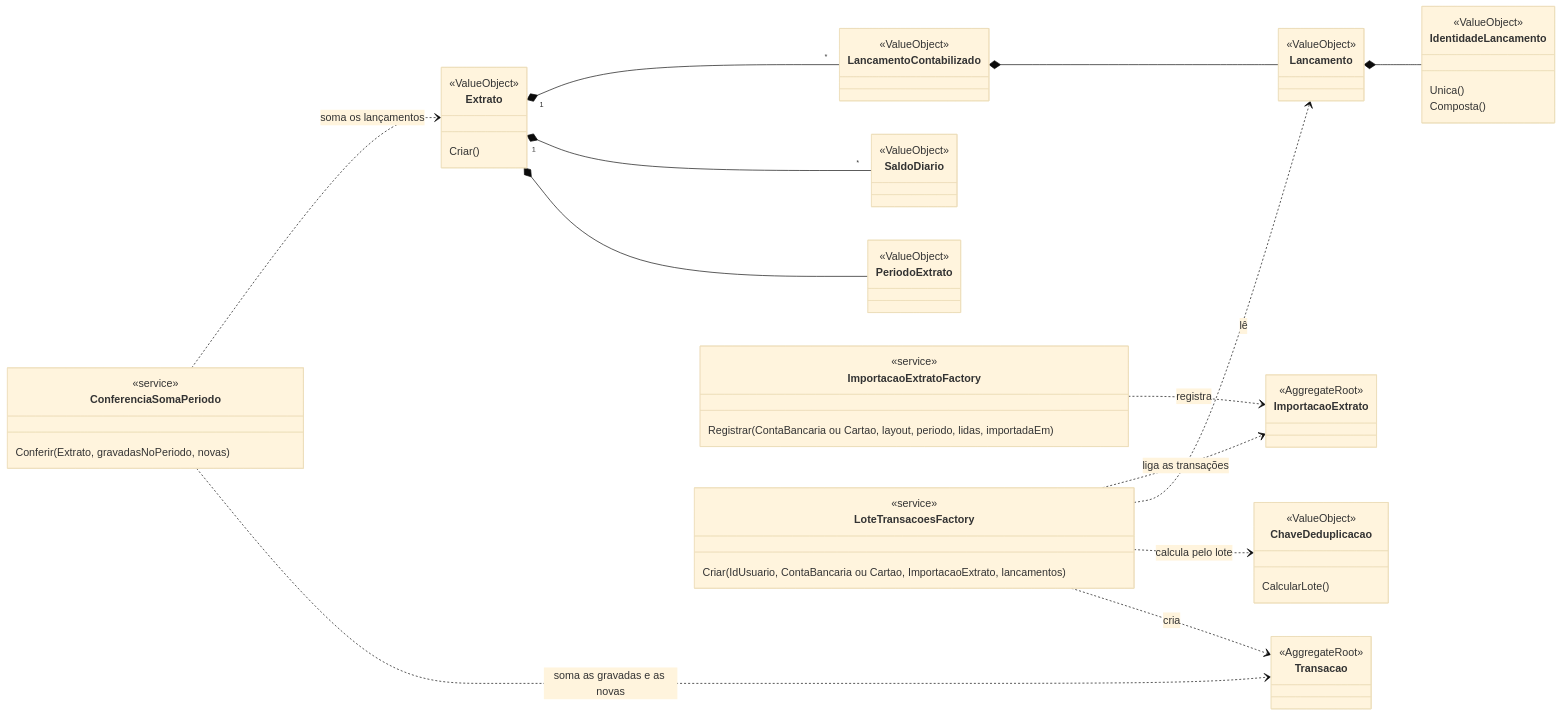
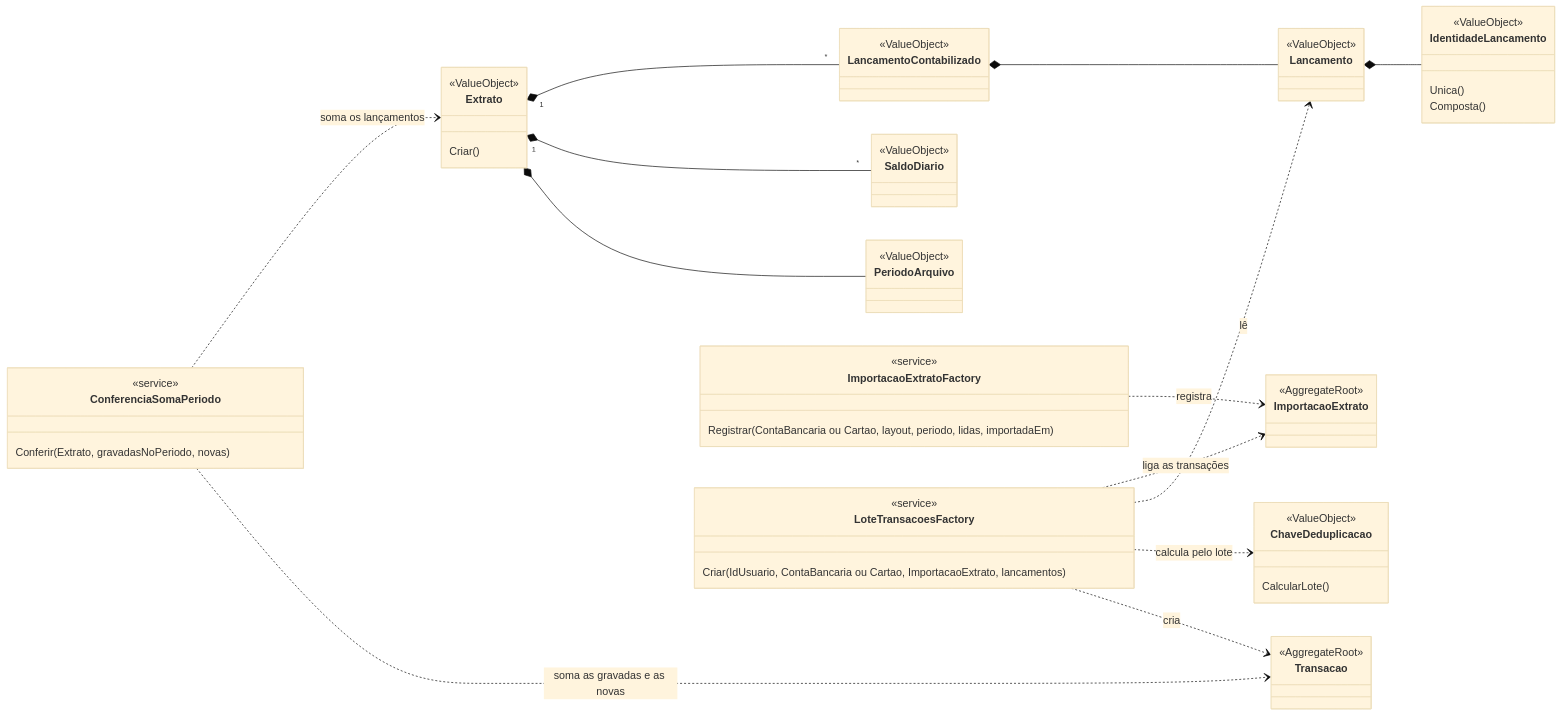
One commit to humbertosampaio/controle-financeiro changed the second of 2 diagrams in docs/modelo-de-dominio.md. Above: the diagram before and after it, drawn with Mermaid (base theme). The commit also changed other lines of this file and 20 other files, not shown here.

First line of the commit message:
refactor(importacao): Renomeia o período do extrato para período do arquivo

````diff
--- a/docs/modelo-de-dominio.md
+++ b/docs/modelo-de-dominio.md
@@ -154,61 +154,61 @@
 ```mermaid
 classDiagram
     direction LR
 
     class Extrato {
         <<ValueObject>>
         Criar()
     }
     class LancamentoContabilizado {
         <<ValueObject>>
     }
     class Lancamento {
         <<ValueObject>>
     }
     class IdentidadeLancamento {
         <<ValueObject>>
         Unica()
         Composta()
     }
     class SaldoDiario {
         <<ValueObject>>
     }
-    class PeriodoExtrato {
+    class PeriodoArquivo {
         <<ValueObject>>
     }
     class ChaveDeduplicacao {
         <<ValueObject>>
         CalcularLote()
     }
     class ConferenciaSomaPeriodo {
         <<service>>
         Conferir(Extrato, gravadasNoPeriodo, novas)
     }
     class ImportacaoExtratoFactory {
         <<service>>
         Registrar(ContaBancaria ou Cartao, layout, periodo, lidas, importadaEm)
     }
     class LoteTransacoesFactory {
         <<service>>
         Criar(IdUsuario, ContaBancaria ou Cartao, ImportacaoExtrato, lancamentos)
     }
     class ImportacaoExtrato {
         <<AggregateRoot>>
     }
     class Transacao {
         <<AggregateRoot>>
     }
 
     Extrato "1" *-- "*" LancamentoContabilizado
     Extrato "1" *-- "*" SaldoDiario
-    Extrato *-- PeriodoExtrato
+    Extrato *-- PeriodoArquivo
     LancamentoContabilizado *-- Lancamento
     Lancamento *-- IdentidadeLancamento
     ConferenciaSomaPeriodo ..> Extrato : soma os lançamentos
     ConferenciaSomaPeriodo ..> Transacao : soma as gravadas e as novas
     ImportacaoExtratoFactory ..> ImportacaoExtrato : registra
     LoteTransacoesFactory ..> ImportacaoExtrato : liga as transações
     LoteTransacoesFactory ..> Lancamento : lê
     LoteTransacoesFactory ..> ChaveDeduplicacao : calcula pelo lote
     LoteTransacoesFactory ..> Transacao : cria
 ```
````
